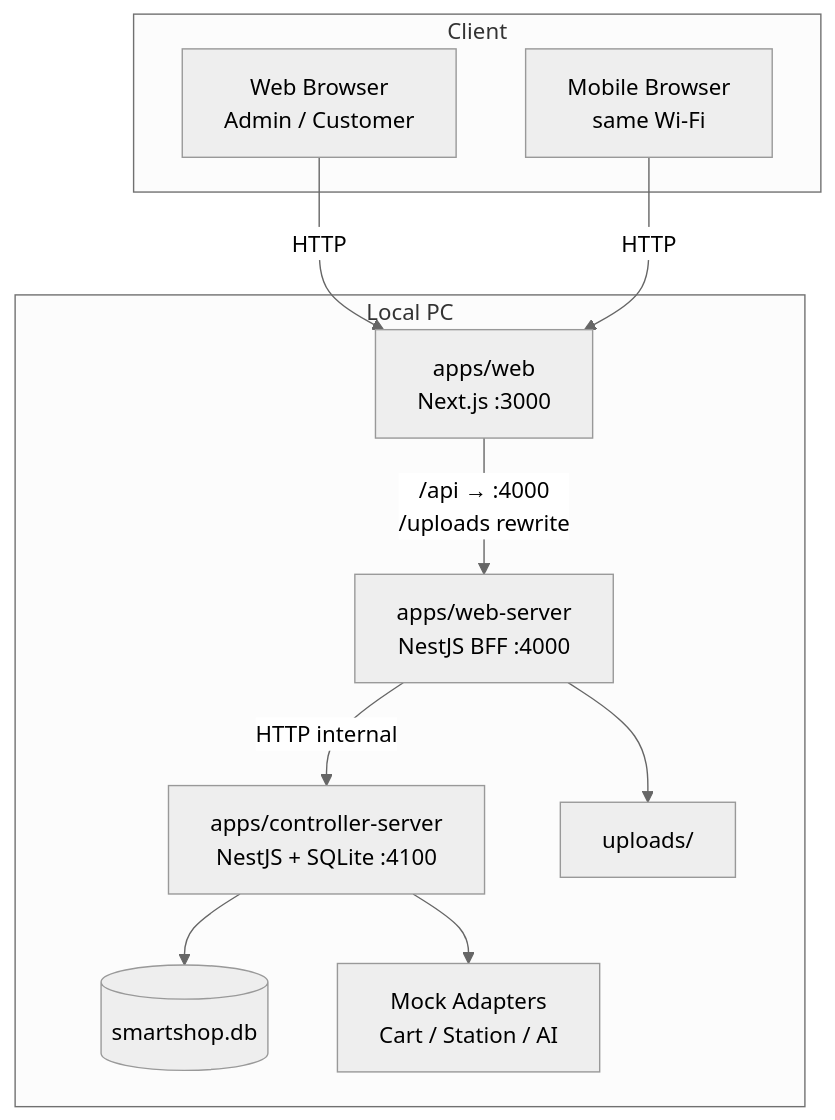
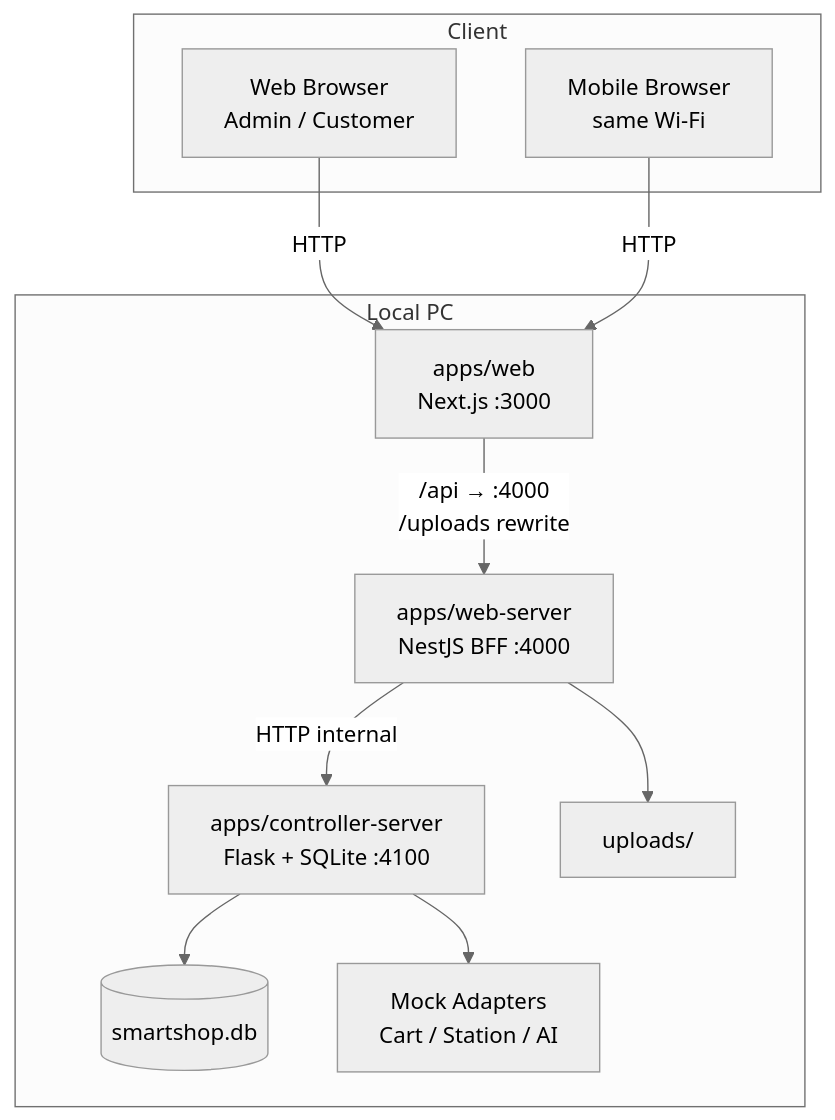
Before and after one commit to hyj07003/PS_project: the first of 3 diagrams in server/README.md, drawn with Mermaid (neutral theme). The commit also changed other lines of this file and 34 other files, not shown here.

````diff
--- a/server/README.md
+++ b/server/README.md
@@ -28,24 +29,24 @@
 ```mermaid
 flowchart TB
   subgraph clients [Client]
     Browser["Web Browser<br/>Admin / Customer"]
     Phone["Mobile Browser<br/>same Wi-Fi"]
   end
 
   subgraph localPc [Local PC]
     Web["apps/web<br/>Next.js :3000"]
     WebSrv["apps/web-server<br/>NestJS BFF :4000"]
-    Ctrl["apps/controller-server<br/>NestJS + SQLite :4100"]
+    Ctrl["apps/controller-server<br/>Flask + SQLite :4100"]
     DB[("smartshop.db")]
     Uploads["uploads/"]
     Mock["Mock Adapters<br/>Cart / Station / AI"]
   end
 
   Browser -->|HTTP| Web
   Phone -->|HTTP| Web
   Web -->|"/api → :4000<br/>/uploads rewrite"| WebSrv
   WebSrv -->|HTTP internal| Ctrl
   Ctrl --> DB
   Ctrl --> Mock
   WebSrv --> Uploads
 ```
````
